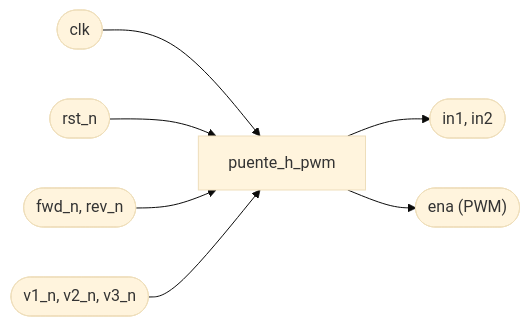
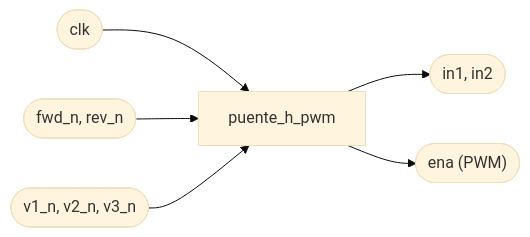
One commit to jei2002/Bitacora-LAB-3 changed the first of 2 diagrams in README.md. Above: the diagram before and after it, drawn with Mermaid (base theme). The commit also changed other lines of this file, not shown here.

````diff
--- a/README.md
+++ b/README.md
@@ -161,9 +159,8 @@
 ```mermaid
 flowchart LR
     CLK(["clk"]) --> B["puente_h_pwm"]
-    RST(["rst_n"]) --> B
     FWD(["fwd_n, rev_n"]) --> B
     VEL(["v1_n, v2_n, v3_n"]) --> B
     B --> IN(["in1, in2"])
     B --> ENA(["ena (PWM)"])
 ```
````
